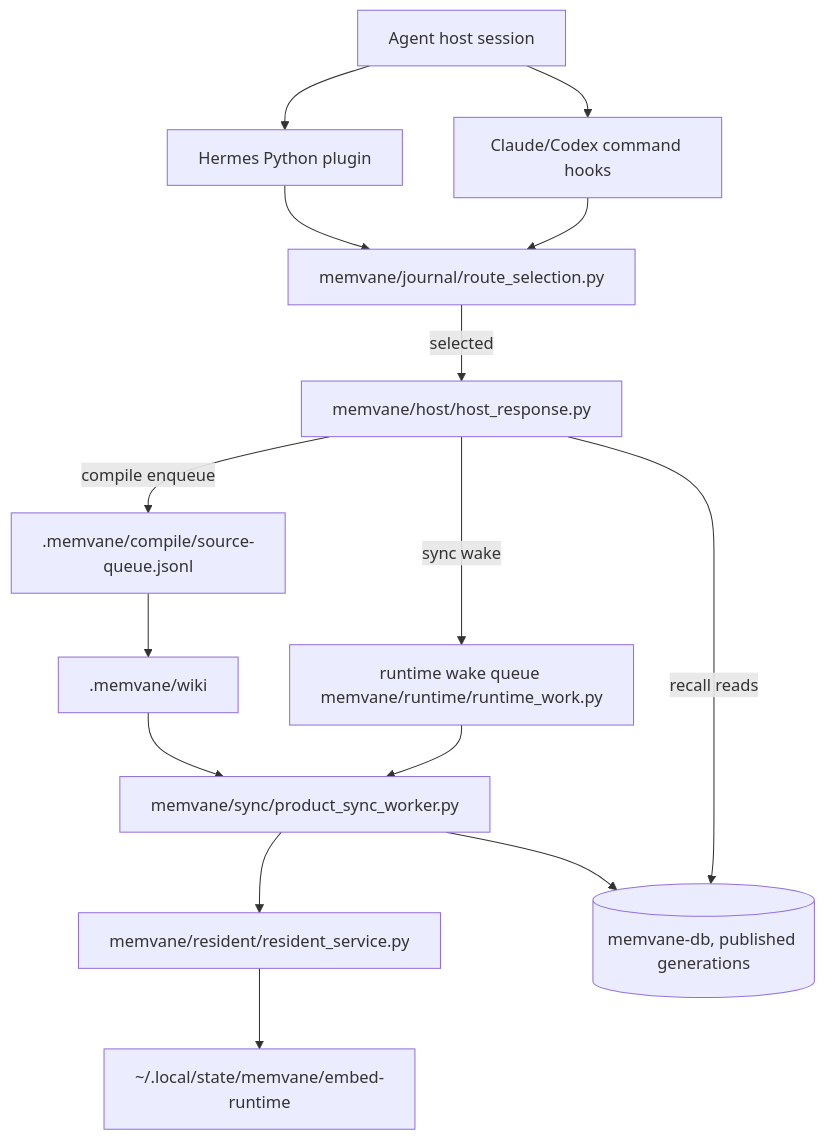
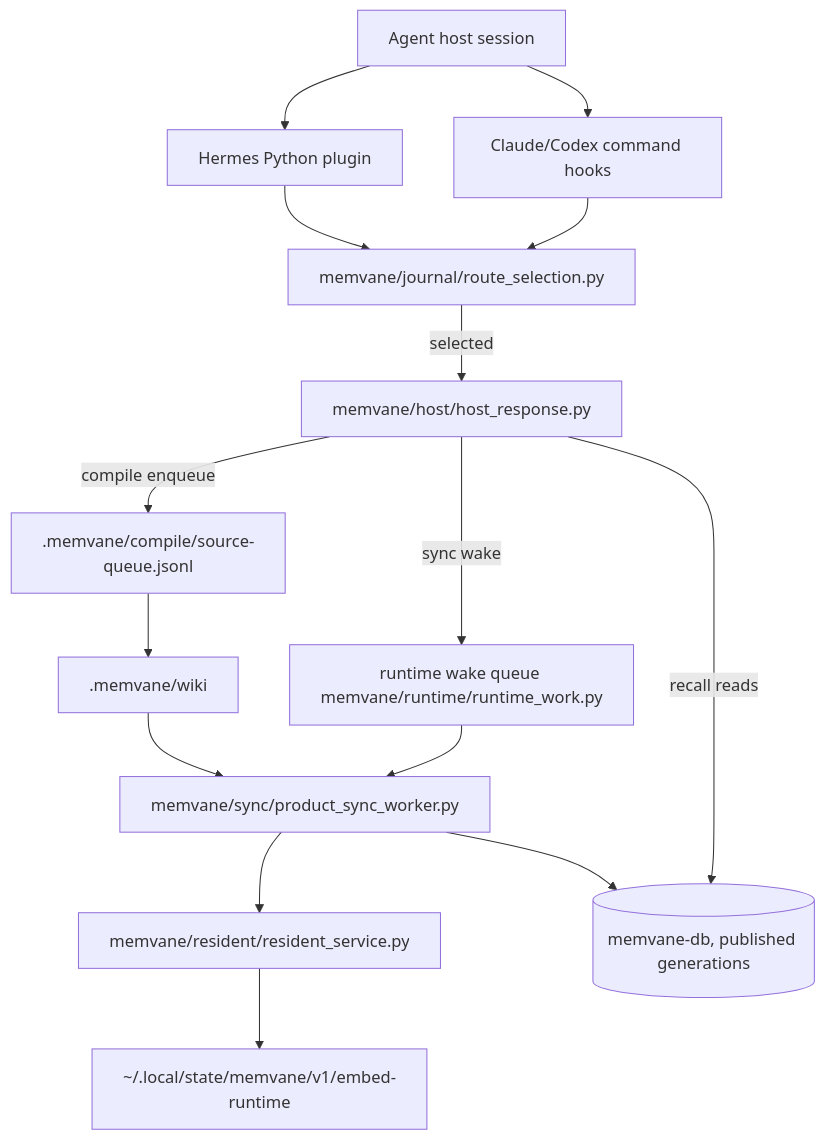
One commit to zbdulee/memvane changed the diagram in docs/architecture.md. Above: the diagram before and after it, drawn with Mermaid. The commit also changed other lines of this file and 12 other files, not shown here.

````diff
--- a/docs/architecture.md
+++ b/docs/architecture.md
@@ -89,30 +89,30 @@
 ```mermaid
 flowchart TD
     User[Agent host session]
     Claude[Claude/Codex command hooks]
     Hermes[Hermes Python plugin]
     Route[memvane/journal/route_selection.py]
     Resp[memvane/host/host_response.py]
     Wakes[runtime wake queue memvane/runtime/runtime_work.py]
     Sync[memvane/sync/product_sync_worker.py]
     Resident[memvane/resident/resident_service.py]
-    Embed[~/.local/state/memvane/embed-runtime]
+    Embed[~/.local/state/memvane/v1/embed-runtime]
     Index[(memvane-db, published generations)]
     CompileQ[.memvane/compile/source-queue.jsonl]
     Wiki[.memvane/wiki]
 
     User --> Claude
     User --> Hermes
     Claude --> Route
     Hermes --> Route
     Route -->|selected| Resp
     Resp -->|recall reads| Index
     Resp -->|sync wake| Wakes
     Resp -->|compile enqueue| CompileQ
     Wakes --> Sync
     Sync --> Resident
     Resident --> Embed
     Sync --> Index
     CompileQ --> Wiki
     Wiki --> Sync
 ```
````
